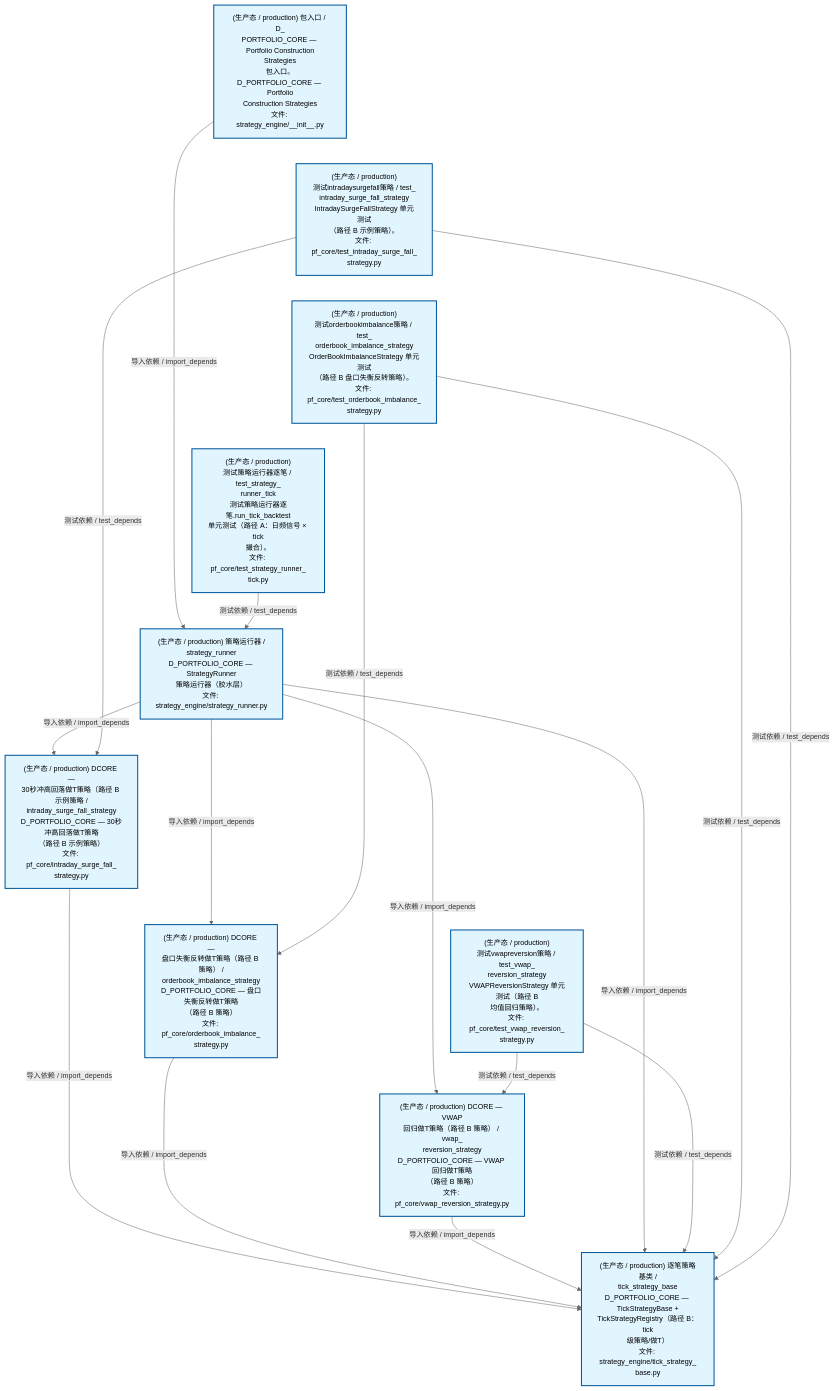
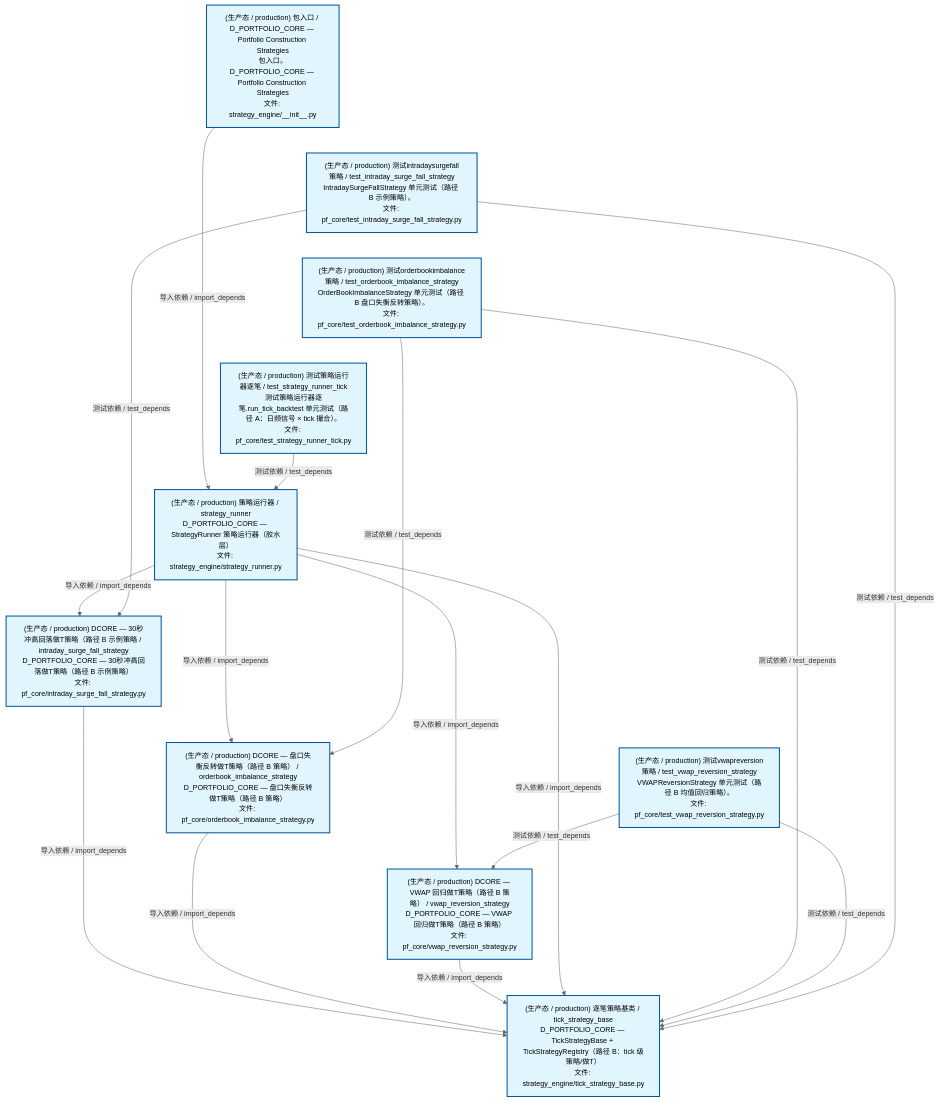
Before and after one commit to xuanFelixVan/ZephyrAlpha: the second of 4 diagrams in docs/02_enterprise_architecture/02_domain_architecture_docs/63_d_pf_core.md, drawn with Mermaid. The commit also changed other lines of this file and 71 other files, not shown here.

````diff
--- a/docs/02_enterprise_architecture/02_domain_architecture_docs/63_d_pf_core.md
+++ b/docs/02_enterprise_architecture/02_domain_architecture_docs/63_d_pf_core.md
@@ -131,40 +131,40 @@
 ```mermaid
 %%{init: {'theme': 'base', 'themeVariables': {'primaryColor': '#eaeaea', 'primaryTextColor': '#333333', 'primaryBorderColor': '#666666', 'lineColor': '#666666', 'secondaryColor': '#eaeaea', 'tertiaryColor': '#eaeaea', 'fontSize': '14px'}}}%%
 flowchart TD
-    src_zephyr_pf_core_strategy_engine_init_py["(生产态 / production) 包入口 / D_<br/>PORTFOLIO_CORE — Portfolio Construction<br/>Strategies<br/>包入口。D_PORTFOLIO_CORE — Portfolio<br/>Construction Strategies<br/>文件: strategy_engine/__init__.py"]
-    tests_pf_core_test_intraday_surge_fall_strategy_py["(生产态 / production)<br/>测试intradaysurgefall策略 / test_<br/>intraday_surge_fall_strategy<br/>IntradaySurgeFallStrategy 单元测试<br/>（路径 B 示例策略）。<br/>文件: pf_core/test_intraday_surge_fall_<br/>strategy.py"]
-    tests_pf_core_test_orderbook_imbalance_strategy_py["(生产态 / production)<br/>测试orderbookimbalance策略 / test_<br/>orderbook_imbalance_strategy<br/>OrderBookImbalanceStrategy 单元测试<br/>（路径 B 盘口失衡反转策略）。<br/>文件: pf_core/test_orderbook_imbalance_<br/>strategy.py"]
-    tests_pf_core_test_strategy_runner_tick_py["(生产态 / production)<br/>测试策略运行器逐笔 / test_strategy_<br/>runner_tick<br/>测试策略运行器逐笔.run_tick_backtest<br/>单元测试（路径 A：日频信号 × tick<br/>撮合）。<br/>文件: pf_core/test_strategy_runner_<br/>tick.py"]
-    tests_pf_core_test_vwap_reversion_strategy_py["(生产态 / production)<br/>测试vwapreversion策略 / test_vwap_<br/>reversion_strategy<br/>VWAPReversionStrategy 单元测试（路径 B<br/>均值回归策略）。<br/>文件: pf_core/test_vwap_reversion_<br/>strategy.py"]
+    src_zephyr_pf_core_strategy_engine_init_py["(生产态 / production) 包入口 / D_PORTFOLIO_CORE — Portfolio Construction Strategies<br/>包入口。D_PORTFOLIO_CORE — Portfolio Construction Strategies<br/>文件: strategy_engine/__init__.py"]
+    tests_pf_core_test_intraday_surge_fall_strategy_py["(生产态 / production) 测试intradaysurgefall策略 / test_intraday_surge_fall_strategy<br/>IntradaySurgeFallStrategy 单元测试（路径 B 示例策略）。<br/>文件: pf_core/test_intraday_surge_fall_strategy.py"]
+    tests_pf_core_test_orderbook_imbalance_strategy_py["(生产态 / production) 测试orderbookimbalance策略 / test_orderbook_imbalance_strategy<br/>OrderBookImbalanceStrategy 单元测试（路径 B 盘口失衡反转策略）。<br/>文件: pf_core/test_orderbook_imbalance_strategy.py"]
+    tests_pf_core_test_strategy_runner_tick_py["(生产态 / production) 测试策略运行器逐笔 / test_strategy_runner_tick<br/>测试策略运行器逐笔.run_tick_backtest 单元测试（路径 A：日频信号 × tick 撮合）。<br/>文件: pf_core/test_strategy_runner_tick.py"]
+    tests_pf_core_test_vwap_reversion_strategy_py["(生产态 / production) 测试vwapreversion策略 / test_vwap_reversion_strategy<br/>VWAPReversionStrategy 单元测试（路径 B 均值回归策略）。<br/>文件: pf_core/test_vwap_reversion_strategy.py"]
     src_zephyr_pf_core_strategy_engine_init_py ~~~ tests_pf_core_test_intraday_surge_fall_strategy_py
     tests_pf_core_test_intraday_surge_fall_strategy_py ~~~ tests_pf_core_test_orderbook_imbalance_strategy_py
     tests_pf_core_test_orderbook_imbalance_strategy_py ~~~ tests_pf_core_test_strategy_runner_tick_py
     tests_pf_core_test_strategy_runner_tick_py ~~~ tests_pf_core_test_vwap_reversion_strategy_py
-    src_zephyr_pf_core_strategy_engine_strategy_runner_py["(生产态 / production) 策略运行器 /<br/>strategy_runner<br/>D_PORTFOLIO_CORE — StrategyRunner<br/>策略运行器（胶水层）<br/>文件: strategy_engine/strategy_runner.py"]
-    src_zephyr_pf_core_intraday_surge_fall_strategy_py["(生产态 / production) DCORE —<br/>30秒冲高回落做T策略（路径 B 示例策略 /<br/>intraday_surge_fall_strategy<br/>D_PORTFOLIO_CORE — 30秒冲高回落做T策略<br/>（路径 B 示例策略）<br/>文件: pf_core/intraday_surge_fall_<br/>strategy.py"]
-    src_zephyr_pf_core_orderbook_imbalance_strategy_py["(生产态 / production) DCORE —<br/>盘口失衡反转做T策略（路径 B 策略） /<br/>orderbook_imbalance_strategy<br/>D_PORTFOLIO_CORE — 盘口失衡反转做T策略<br/>（路径 B 策略）<br/>文件: pf_core/orderbook_imbalance_<br/>strategy.py"]
-    src_zephyr_pf_core_vwap_reversion_strategy_py["(生产态 / production) DCORE — VWAP<br/>回归做T策略（路径 B 策略） / vwap_<br/>reversion_strategy<br/>D_PORTFOLIO_CORE — VWAP 回归做T策略<br/>（路径 B 策略）<br/>文件: pf_core/vwap_reversion_strategy.py"]
+    src_zephyr_pf_core_strategy_engine_strategy_runner_py["(生产态 / production) 策略运行器 / strategy_runner<br/>D_PORTFOLIO_CORE — StrategyRunner 策略运行器（胶水层）<br/>文件: strategy_engine/strategy_runner.py"]
+    src_zephyr_pf_core_intraday_surge_fall_strategy_py["(生产态 / production) DCORE — 30秒冲高回落做T策略（路径 B 示例策略 / intraday_surge_fall_strategy<br/>D_PORTFOLIO_CORE — 30秒冲高回落做T策略（路径 B 示例策略）<br/>文件: pf_core/intraday_surge_fall_strategy.py"]
+    src_zephyr_pf_core_orderbook_imbalance_strategy_py["(生产态 / production) DCORE — 盘口失衡反转做T策略（路径 B 策略） / orderbook_imbalance_strategy<br/>D_PORTFOLIO_CORE — 盘口失衡反转做T策略（路径 B 策略）<br/>文件: pf_core/orderbook_imbalance_strategy.py"]
+    src_zephyr_pf_core_vwap_reversion_strategy_py["(生产态 / production) DCORE — VWAP 回归做T策略（路径 B 策略） / vwap_reversion_strategy<br/>D_PORTFOLIO_CORE — VWAP 回归做T策略（路径 B 策略）<br/>文件: pf_core/vwap_reversion_strategy.py"]
     src_zephyr_pf_core_intraday_surge_fall_strategy_py ~~~ src_zephyr_pf_core_orderbook_imbalance_strategy_py
     src_zephyr_pf_core_orderbook_imbalance_strategy_py ~~~ src_zephyr_pf_core_vwap_reversion_strategy_py
-    src_zephyr_pf_core_strategy_engine_tick_strategy_base_py["(生产态 / production) 逐笔策略基类 /<br/>tick_strategy_base<br/>D_PORTFOLIO_CORE — TickStrategyBase +<br/>TickStrategyRegistry（路径 B：tick<br/>级策略/做T）<br/>文件: strategy_engine/tick_strategy_<br/>base.py"]
+    src_zephyr_pf_core_strategy_engine_tick_strategy_base_py["(生产态 / production) 逐笔策略基类 / tick_strategy_base<br/>D_PORTFOLIO_CORE — TickStrategyBase + TickStrategyRegistry（路径 B：tick 级策略/做T）<br/>文件: strategy_engine/tick_strategy_base.py"]
     src_zephyr_pf_core_intraday_surge_fall_strategy_py -->|导入依赖 / import_depends| src_zephyr_pf_core_strategy_engine_tick_strategy_base_py
     src_zephyr_pf_core_orderbook_imbalance_strategy_py -->|导入依赖 / import_depends| src_zephyr_pf_core_strategy_engine_tick_strategy_base_py
     src_zephyr_pf_core_vwap_reversion_strategy_py -->|导入依赖 / import_depends| src_zephyr_pf_core_strategy_engine_tick_strategy_base_py
     src_zephyr_pf_core_strategy_engine_init_py -->|导入依赖 / import_depends| src_zephyr_pf_core_strategy_engine_strategy_runner_py
     src_zephyr_pf_core_strategy_engine_strategy_runner_py -->|导入依赖 / import_depends| src_zephyr_pf_core_intraday_surge_fall_strategy_py
     src_zephyr_pf_core_strategy_engine_strategy_runner_py -->|导入依赖 / import_depends| src_zephyr_pf_core_orderbook_imbalance_strategy_py
     src_zephyr_pf_core_strategy_engine_strategy_runner_py -->|导入依赖 / import_depends| src_zephyr_pf_core_vwap_reversion_strategy_py
     src_zephyr_pf_core_strategy_engine_strategy_runner_py -->|导入依赖 / import_depends| src_zephyr_pf_core_strategy_engine_tick_strategy_base_py
+    tests_pf_core_test_orderbook_imbalance_strategy_py -->|测试依赖 / test_depends| src_zephyr_pf_core_orderbook_imbalance_strategy_py
+    tests_pf_core_test_orderbook_imbalance_strategy_py -->|测试依赖 / test_depends| src_zephyr_pf_core_strategy_engine_tick_strategy_base_py
     tests_pf_core_test_strategy_runner_tick_py -->|测试依赖 / test_depends| src_zephyr_pf_core_strategy_engine_strategy_runner_py
     tests_pf_core_test_vwap_reversion_strategy_py -->|测试依赖 / test_depends| src_zephyr_pf_core_vwap_reversion_strategy_py
     tests_pf_core_test_vwap_reversion_strategy_py -->|测试依赖 / test_depends| src_zephyr_pf_core_strategy_engine_tick_strategy_base_py
-    tests_pf_core_test_orderbook_imbalance_strategy_py -->|测试依赖 / test_depends| src_zephyr_pf_core_orderbook_imbalance_strategy_py
-    tests_pf_core_test_orderbook_imbalance_strategy_py -->|测试依赖 / test_depends| src_zephyr_pf_core_strategy_engine_tick_strategy_base_py
     tests_pf_core_test_intraday_surge_fall_strategy_py -->|测试依赖 / test_depends| src_zephyr_pf_core_intraday_surge_fall_strategy_py
     tests_pf_core_test_intraday_surge_fall_strategy_py -->|测试依赖 / test_depends| src_zephyr_pf_core_strategy_engine_tick_strategy_base_py
     classDef production fill:#e1f5fe,stroke:#01579b,stroke-width:2px,color:#000
     classDef design fill:#fff3e0,stroke:#e65100,stroke-width:2px,color:#000,stroke-dasharray: 5 5
     classDef external_prod fill:#e8f4fd,stroke:#0277bd,stroke-width:1px,color:#000
     classDef external_design fill:#fff8e7,stroke:#ef6c00,stroke-width:1px,color:#000,stroke-dasharray: 5 5
     class src_zephyr_pf_core_intraday_surge_fall_strategy_py,src_zephyr_pf_core_orderbook_imbalance_strategy_py,src_zephyr_pf_core_strategy_engine_init_py,src_zephyr_pf_core_strategy_engine_strategy_runner_py,src_zephyr_pf_core_strategy_engine_tick_strategy_base_py,src_zephyr_pf_core_vwap_reversion_strategy_py,tests_pf_core_test_intraday_surge_fall_strategy_py,tests_pf_core_test_orderbook_imbalance_strategy_py,tests_pf_core_test_strategy_runner_tick_py,tests_pf_core_test_vwap_reversion_strategy_py production
 ```
````
